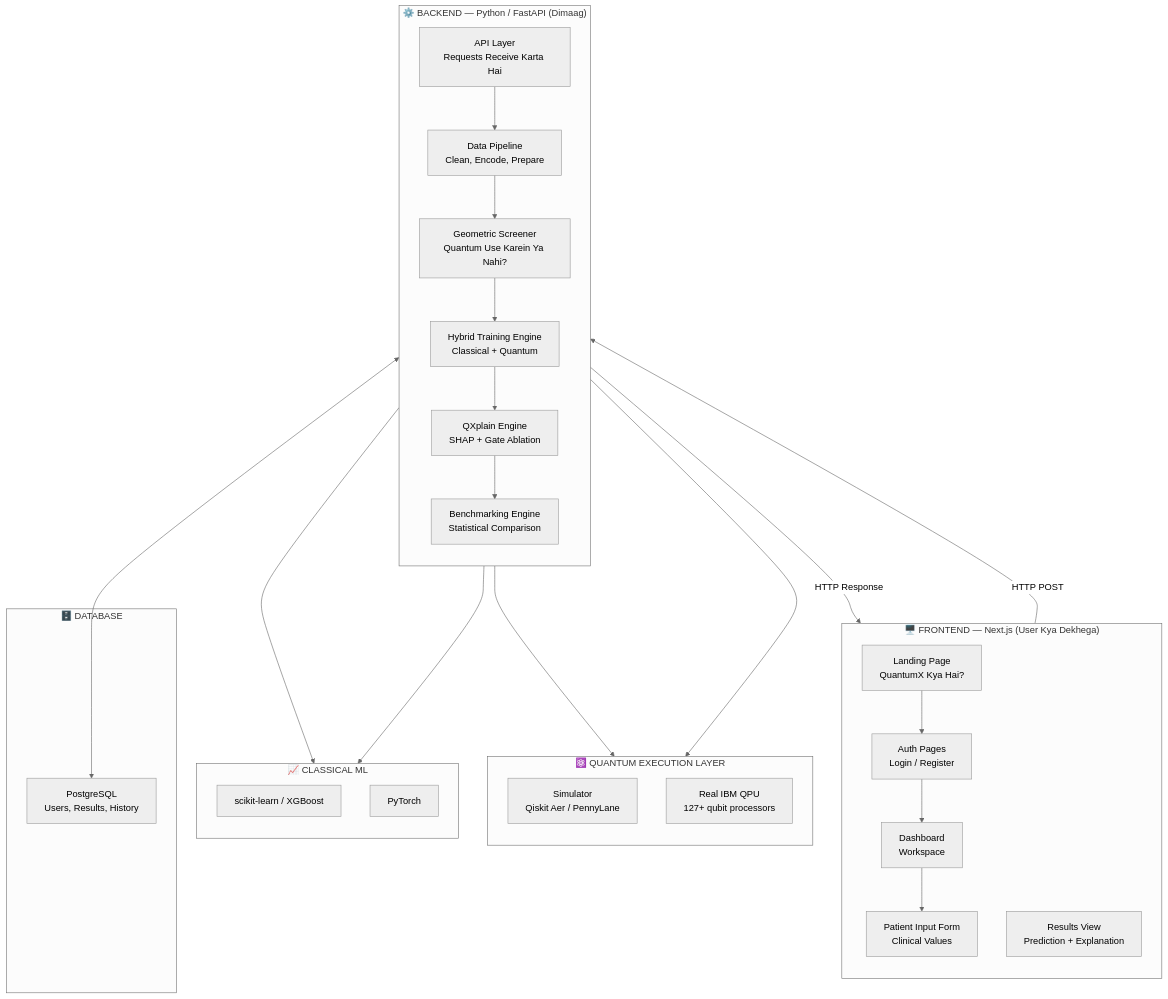
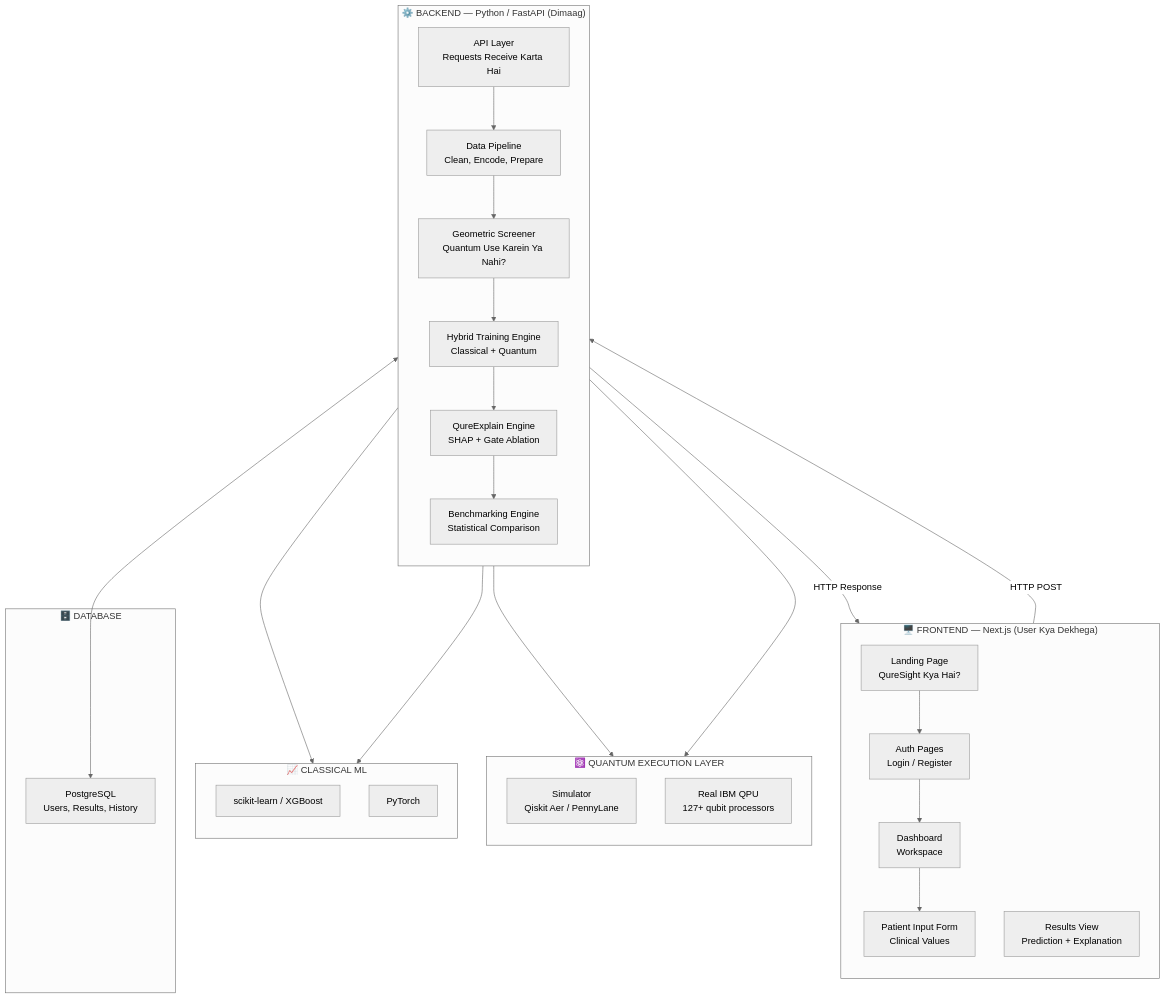
The second of 4 diagrams in Team Data/Explain_Hindi.md (prushidhar/SIH26139), drawn with Mermaid (neutral theme) before and after one commit. The commit also changed other lines of this file and 257 other files, not shown here.

Commit message:
feat: complete QureSight platform with unlocked Aleph-1 QPU and Google auth

````diff
--- a/Team Data/Explain_Hindi.md
+++ b/Team Data/Explain_Hindi.md
@@ -222,48 +222,48 @@
 ```mermaid
 flowchart TB
     subgraph FRONTEND["🖥️ FRONTEND — Next.js (User Kya Dekhega)"]
         direction TB
-        LP["Landing Page<br/>QuantumX Kya Hai?"]
+        LP["Landing Page<br/>QureSight Kya Hai?"]
         AUTH["Auth Pages<br/>Login / Register"]
         DASH["Dashboard<br/>Workspace"]
         INPUT["Patient Input Form<br/>Clinical Values"]
         RESULTS["Results View<br/>Prediction + Explanation"]
     end
 
     subgraph BACKEND["⚙️ BACKEND — Python / FastAPI (Dimaag)"]
         direction TB
         API["API Layer<br/>Requests Receive Karta Hai"]
         PIPE["Data Pipeline<br/>Clean, Encode, Prepare"]
         SCREEN["Geometric Screener<br/>Quantum Use Karein Ya Nahi?"]
         TRAIN["Hybrid Training Engine<br/>Classical + Quantum"]
-        EXPLAIN["QXplain Engine<br/>SHAP + Gate Ablation"]
+        EXPLAIN["QureExplain Engine<br/>SHAP + Gate Ablation"]
         BENCH["Benchmarking Engine<br/>Statistical Comparison"]
     end
 
     subgraph QUANTUM["⚛️ QUANTUM EXECUTION LAYER"]
         direction TB
         SIM["Simulator<br/>Qiskit Aer / PennyLane"]
         QPU["Real IBM QPU<br/>127+ qubit processors"]
     end
 
     subgraph CLASSICAL["📈 CLASSICAL ML"]
         direction TB
         SK["scikit-learn / XGBoost"]
         TORCH["PyTorch"]
     end
 
     subgraph DB["🗄️ DATABASE"]
         PG["PostgreSQL<br/>Users, Results, History"]
     end
 
     LP --> AUTH --> DASH --> INPUT
     INPUT -->|"HTTP POST"| API
     API --> PIPE --> SCREEN --> TRAIN
     TRAIN --> SIM
     TRAIN --> QPU
     TRAIN --> SK
     TRAIN --> TORCH
     TRAIN --> EXPLAIN --> BENCH
     BENCH -->|"HTTP Response"| RESULTS
     API <--> PG
 ```
````
